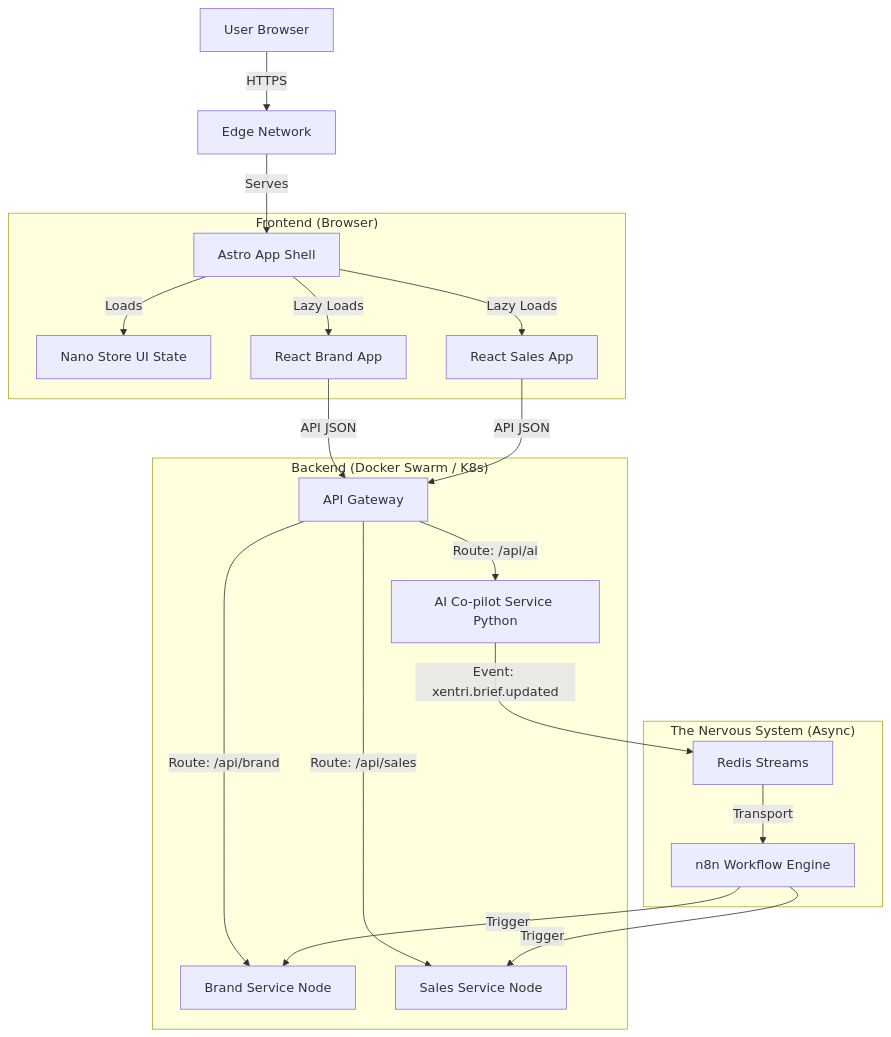
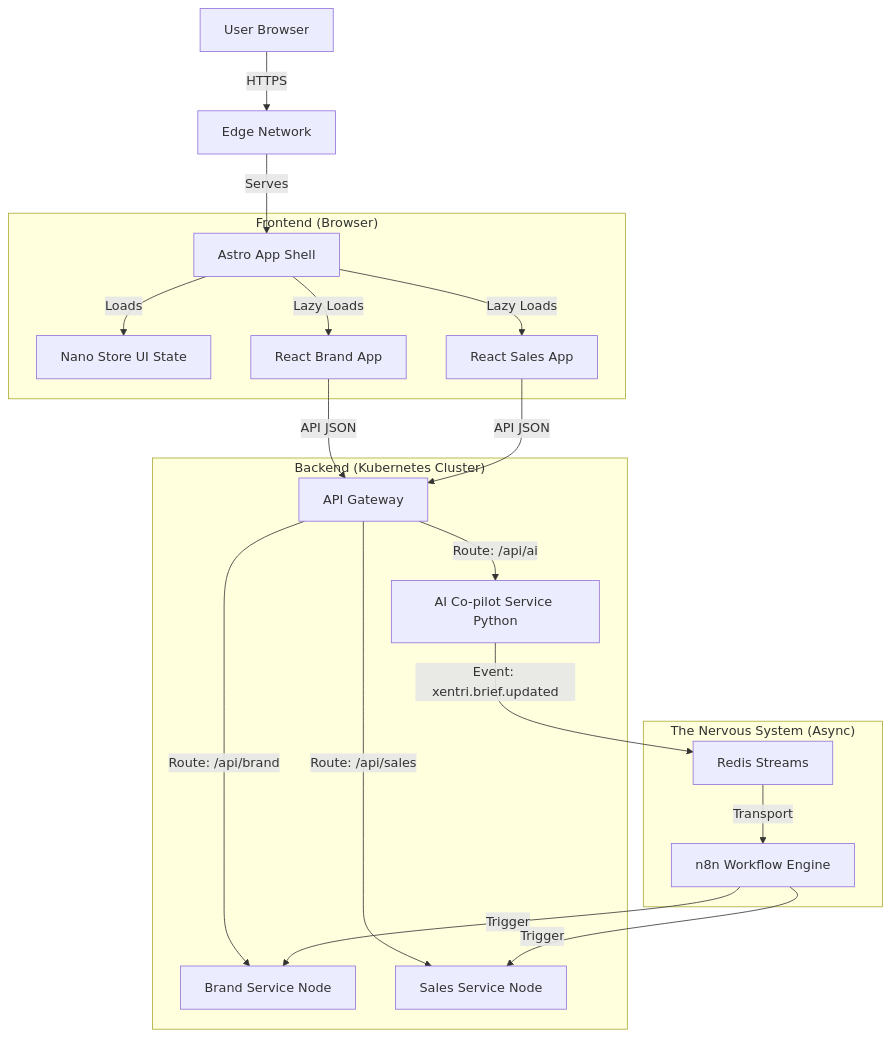
One commit to carlo-spada/xentri changed the diagram in docs/architecture.md. Above: the diagram before and after it, drawn with Mermaid. The commit also changed other lines of this file and 1 other file, not shown here.

Commit message:
docs: document architecture decisions, deployment plans, and validation summary in architecture.md, and add a PRD/Epics validation report.

````diff
--- a/docs/architecture.md
+++ b/docs/architecture.md
@@ -40,27 +57,27 @@
 ```mermaid
 graph TD
     User[User Browser] -->|HTTPS| CDN[Edge Network]
     CDN -->|Serves| Shell[Astro App Shell]
 
     subgraph "Frontend (Browser)"
         Shell -->|Loads| Sidebar[Nano Store UI State]
         Shell -->|Lazy Loads| Brand[React Brand App]
         Shell -->|Lazy Loads| Sales[React Sales App]
     end
 
-    subgraph "Backend (Docker Swarm / K8s)"
+    subgraph "Backend (Kubernetes Cluster)"
         Brand -->|API JSON| APIG[API Gateway]
         Sales -->|API JSON| APIG
         
         APIG -->|Route: /api/brand| Svc1[Brand Service Node]
         APIG -->|Route: /api/sales| Svc2[Sales Service Node]
         APIG -->|Route: /api/ai| Svc3[AI Co-pilot Service Python]
     end
 
     subgraph "The Nervous System (Async)"
         Svc3 -->|Event: xentri.brief.updated| Redis[Redis Streams]
         Redis -->|Transport| N8N[n8n Workflow Engine]
         N8N -->|Trigger| Svc1
         N8N -->|Trigger| Svc2
     end
 ```
````
